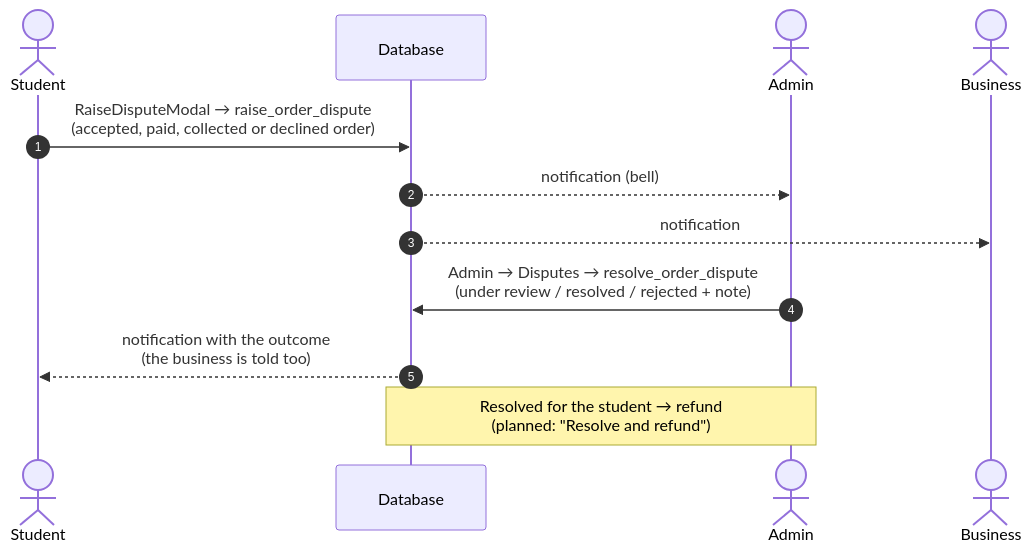
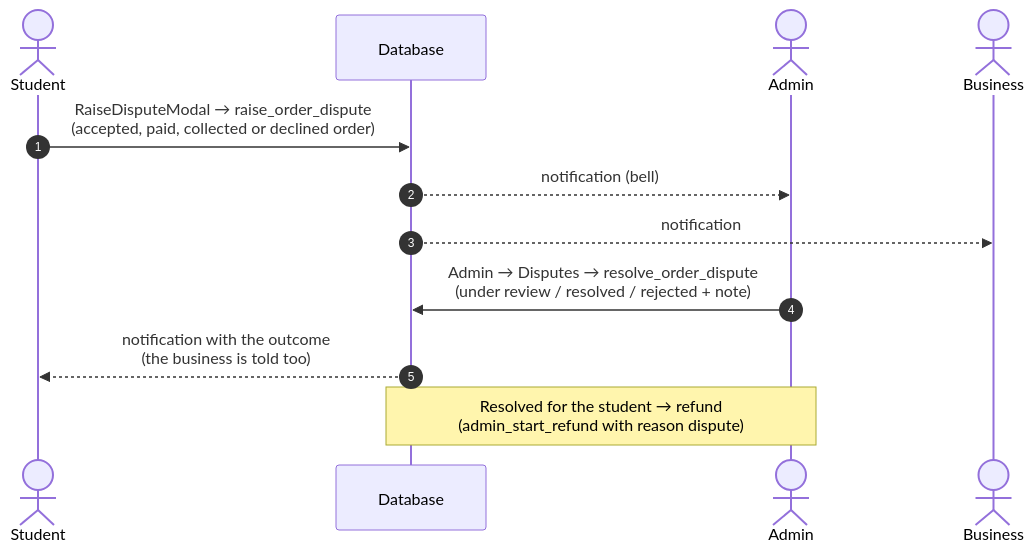
The sixth of 9 diagrams in docs/architecture/03-journeys.md (tangaza360-max/unipicks), drawn with Mermaid before and after one commit. The commit also changed other lines of this file and 8 other files, not shown here.

````diff
--- a/docs/architecture/03-journeys.md
+++ b/docs/architecture/03-journeys.md
@@ -158,14 +158,14 @@
 ```mermaid
 sequenceDiagram
   autonumber
   actor S as Student
   participant DB as Database
   actor AD as Admin
   actor B as Business
   S->>DB: RaiseDisputeModal → raise_order_dispute<br/>(accepted, paid, collected or declined order)
   DB-->>AD: notification (bell)
   DB-->>B: notification
   AD->>DB: Admin → Disputes → resolve_order_dispute<br/>(under review / resolved / rejected + note)
   DB-->>S: notification with the outcome<br/>(the business is told too)
-  Note over AD,DB: Resolved for the student → refund<br/>(planned: "Resolve and refund")
+  Note over AD,DB: Resolved for the student → refund<br/>(admin_start_refund with reason dispute)
 ```
````
